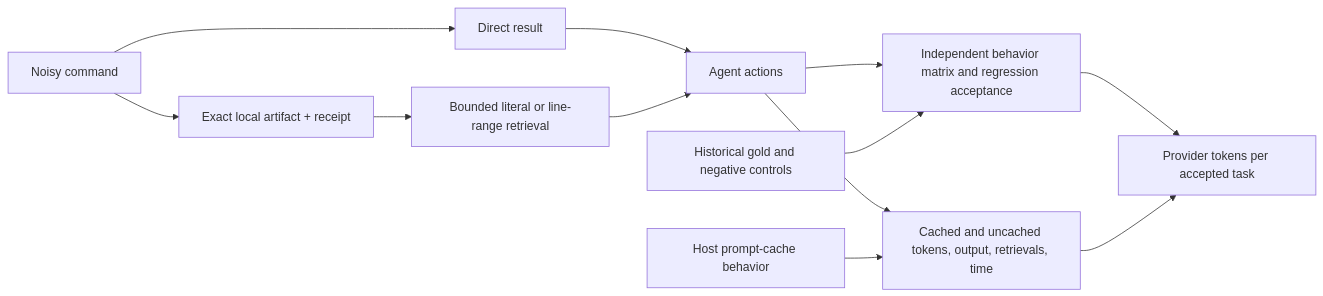
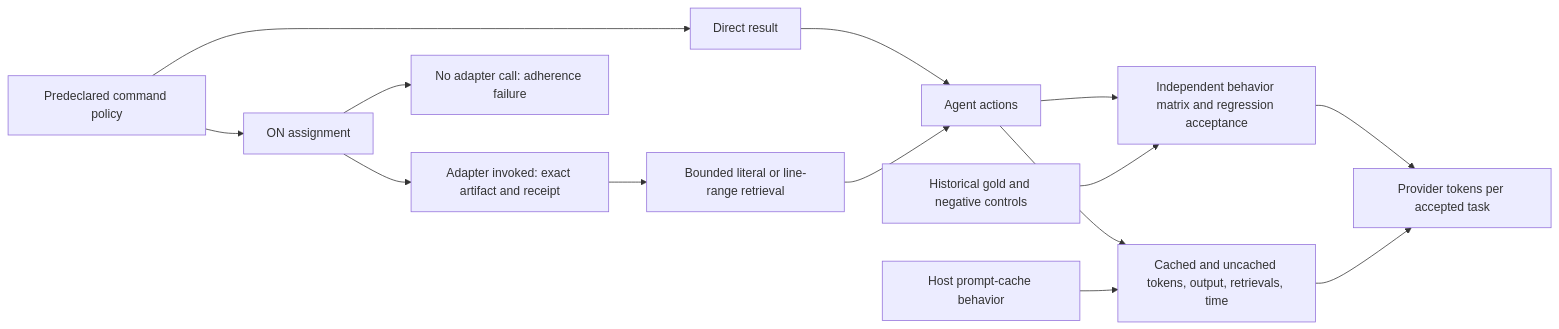
The diagram in docs/research/2026-09-24-cost-frontier.md (DmitrL-dev/SoLCodex), drawn with Mermaid before and after one commit. The commit also changed other lines of this file and 8 other files, not shown here.

````diff
--- a/docs/research/2026-09-24-cost-frontier.md
+++ b/docs/research/2026-09-24-cost-frontier.md
@@ -26,14 +26,16 @@
 ```mermaid
 flowchart LR
-  A[Noisy command] --> B[Direct result]
-  A --> C[Exact local artifact + receipt]
-  C --> D[Bounded literal or line-range retrieval]
+  A[Predeclared command policy] --> B[Direct result]
+  A --> C[ON assignment]
+  C --> D[Adapter invoked: exact artifact and receipt]
+  C --> X[No adapter call: adherence failure]
+  D --> I[Bounded literal or line-range retrieval]
   B --> E[Agent actions]
-  D --> E
+  I --> E
   E --> F[Independent behavior matrix and regression acceptance]
   E --> G[Cached and uncached tokens, output, retrievals, time]
   J[Host prompt-cache behavior] --> G
   K[Historical gold and negative controls] --> F
   F --> H[Provider tokens per accepted task]
   G --> H
 ```
````
